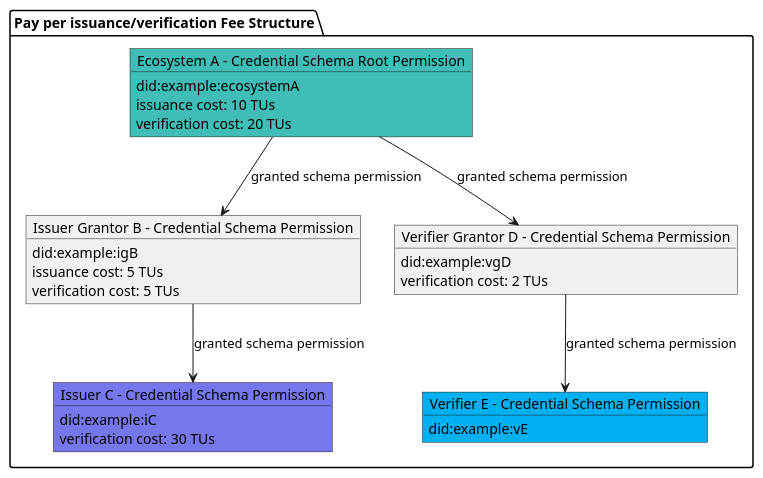
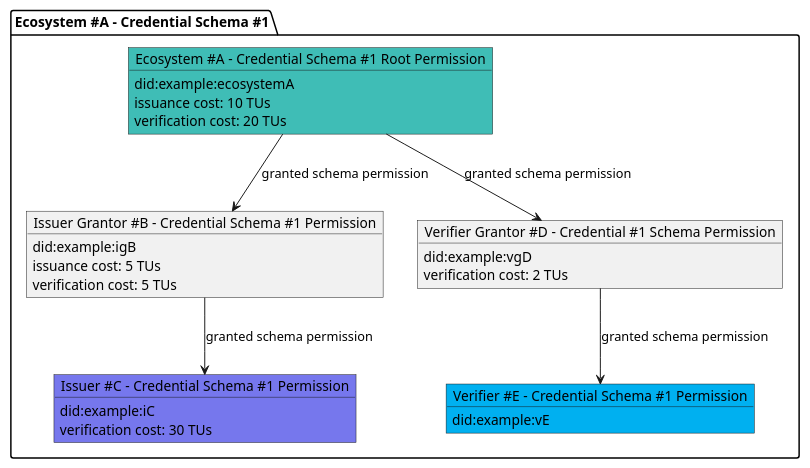
Before and after one commit to verana-labs/verifiable-trust-vpr-spec: the ninth of 19 diagrams in spec.md, drawn with PlantUML. The commit also changed other lines of this file and 1 other file, not shown here.

````diff
--- a/spec.md
+++ b/spec.md
@@ -632,41 +701,41 @@
 ```plantuml
 
 @startuml
 scale max 800 width
  
-package "Pay per issuance/verification Fee Structure" as cs {
+package "Ecosystem #A - Credential Schema #1" as cs {
 
-    object "Ecosystem A - Credential Schema Root Permission" as tr #3fbdb6 {
+    object "Ecosystem #A - Credential Schema #1 Root Permission" as tr #3fbdb6 {
         did:example:ecosystemA
         issuance cost: 10 TUs
         verification cost: 20 TUs
     }
-    object "Issuer Grantor B - Credential Schema Permission" as ig {
+    object "Issuer Grantor #B - Credential Schema #1 Permission" as ig {
         did:example:igB
         issuance cost: 5 TUs
         verification cost: 5 TUs
     }
-    object "Issuer C - Credential Schema Permission" as issuer #7677ed  {
+    object "Issuer #C - Credential Schema #1 Permission" as issuer #7677ed  {
         did:example:iC
         verification cost: 30 TUs
     }
-    object "Verifier Grantor D - Credential Schema Permission" as vg {
+    object "Verifier Grantor #D - Credential #1 Schema Permission" as vg {
         did:example:vgD
         verification cost: 2 TUs
     }
-    object "Verifier E - Credential Schema Permission" as verifier #00b0f0 {
+    object "Verifier #E - Credential Schema #1 Permission" as verifier #00b0f0 {
         did:example:vE
     }
 }
 
 
 
 tr --> ig : granted schema permission
 ig --> issuer : granted schema permission
 
 tr --> vg : granted schema permission
 vg --> verifier : granted schema permission
 
 @enduml
 
 ```
````
